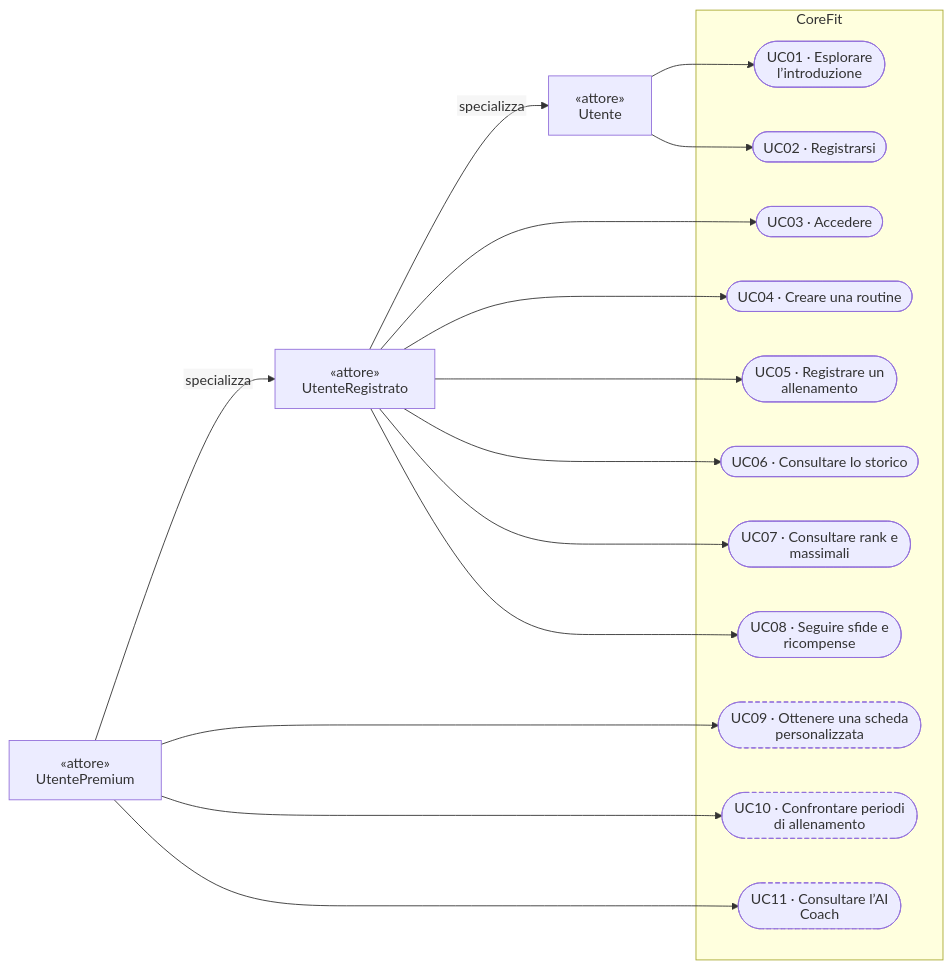
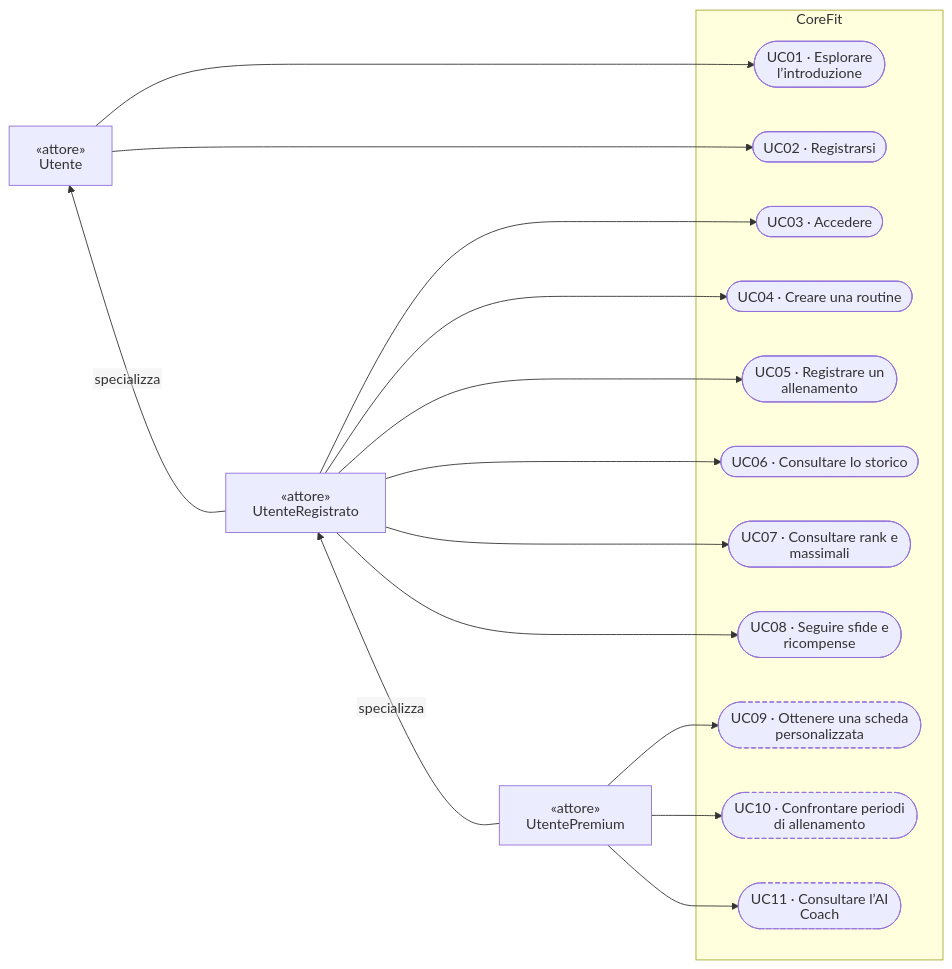
Before and after one commit to ssirto/CoreFit: the diagram in README.md, drawn with Mermaid.

Commit message:
Fix actor ordering in README use case diagram

````diff
--- a/README.md
+++ b/README.md
@@ -81,41 +81,43 @@
 ```mermaid
 ---
 config:
   htmlLabels: false
 ---
 flowchart LR
     U["«attore»<br/>Utente"]
     R["«attore»<br/>UtenteRegistrato"]
     P["«attore»<br/>UtentePremium"]
+    U ~~~ R
+    R ~~~ P
     R -->|specializza| U
     P -->|specializza| R
 
     subgraph sistema["CoreFit"]
         UC01(["UC01 · Esplorare l’introduzione"])
         UC02(["UC02 · Registrarsi"])
         UC03(["UC03 · Accedere"])
         UC04(["UC04 · Creare una routine"])
         UC05(["UC05 · Registrare un allenamento"])
         UC06(["UC06 · Consultare lo storico"])
         UC07(["UC07 · Consultare rank e massimali"])
         UC08(["UC08 · Seguire sfide e ricompense"])
         UC09(["UC09 · Ottenere una scheda personalizzata"])
         UC10(["UC10 · Confrontare periodi di allenamento"])
         UC11(["UC11 · Consultare l’AI Coach"])
     end
 
     U --> UC01
     U --> UC02
     R --> UC03
     R --> UC04
     R --> UC05
     R --> UC06
     R --> UC07
     R --> UC08
     P --> UC09
     P --> UC10
     P --> UC11
 
     classDef previsto stroke-dasharray:5 3
     class UC09,UC10,UC11 previsto
 ```
````
